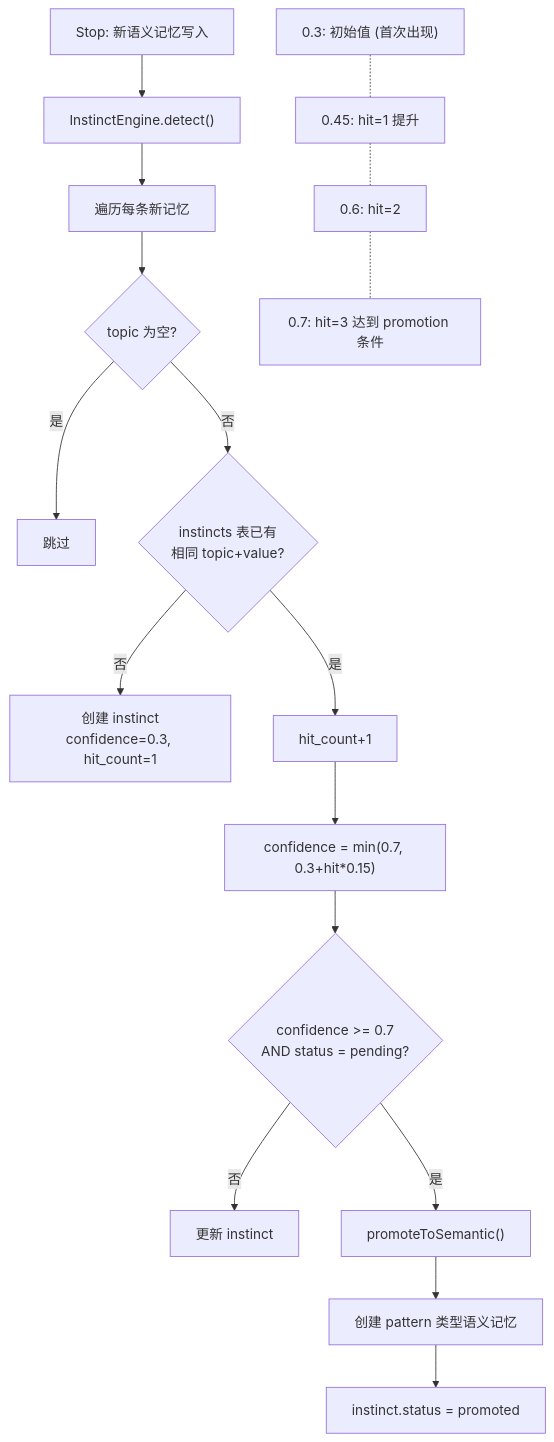
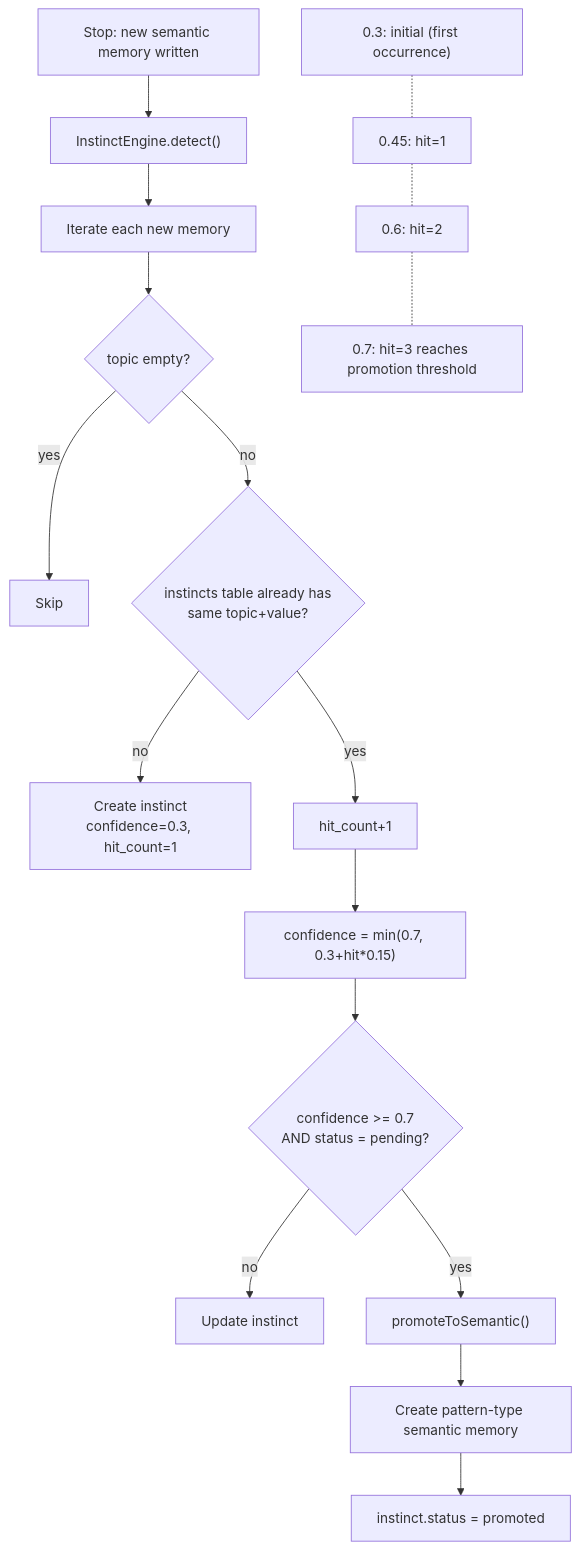
Before and after one commit to Lucas-lgm/clio: the eighth of 10 diagrams in docs/architecture.md, drawn with Mermaid. The commit also changed other lines of this file and 13 other files, not shown here.

````diff
--- a/docs/architecture.md
+++ b/docs/architecture.md
@@ -357,20 +357,20 @@
 ```mermaid
 flowchart TD
-    A["Stop: 新语义记忆写入"] --> B["InstinctEngine.detect()"]
-    B --> C["遍历每条新记忆"]
-    C --> D{"topic 为空?"}
-    D -->|是| E["跳过"]
-    D -->|否| F{"instincts 表已有<br>相同 topic+value?"}
-    F -->|否| G["创建 instinct<br>confidence=0.3, hit_count=1"]
-    F -->|是| H["hit_count+1"]
+    A["Stop: new semantic memory written"] --> B["InstinctEngine.detect()"]
+    B --> C["Iterate each new memory"]
+    C --> D{"topic empty?"}
+    D -->|yes| E["Skip"]
+    D -->|no| F{"instincts table already has<br>same topic+value?"}
+    F -->|no| G["Create instinct<br>confidence=0.3, hit_count=1"]
+    F -->|yes| H["hit_count+1"]
     H --> I["confidence = min(0.7, 0.3+hit*0.15)"]
     I --> J{"confidence >= 0.7<br>AND status = pending?"}
-    J -->|否| K["更新 instinct"]
-    J -->|是| L["promoteToSemantic()"]
-    L --> M["创建 pattern 类型语义记忆"]
+    J -->|no| K["Update instinct"]
+    J -->|yes| L["promoteToSemantic()"]
+    L --> M["Create pattern-type semantic memory"]
     M --> N["instinct.status = promoted"]
 
-    O["0.3: 初始值 (首次出现)"] -.- P["0.45: hit=1 提升"]
+    O["0.3: initial (first occurrence)"] -.- P["0.45: hit=1"]
     P -.- Q["0.6: hit=2"]
-    Q -.- R["0.7: hit=3 达到 promotion 条件"]
+    Q -.- R["0.7: hit=3 reaches promotion threshold"]
 ```
````
